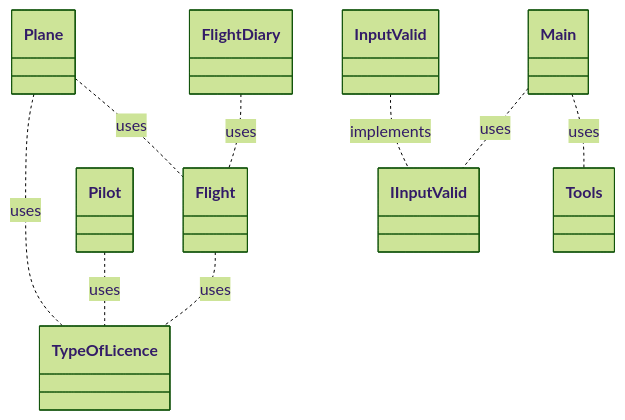
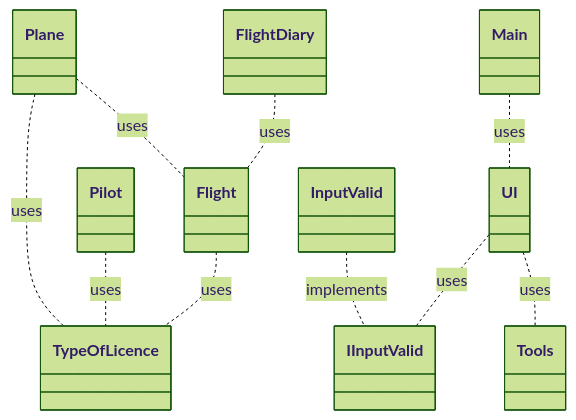
The diagram in README.md (TomasKulhavy/2122ALG2-kulhavy-zapisnik-letu), drawn with Mermaid (forest theme) before and after one commit. The commit also changed 13 other files, not shown here.

````diff
--- a/README.md
+++ b/README.md
@@ -121,21 +121,23 @@
 ```mermaid
 classDiagram
     class Flight
     class FlightDiary
     class Pilot
     class Plane
     enum TypeOfLicence
     class Main
+    class UI
     interface IInputValid
     class InputValid
     class Tools
 
-    Main .. Tools : uses
-    Main .. IInputValid : uses
+    UI .. Tools : uses
+    UI .. IInputValid : uses
     InputValid .. IInputValid : implements
     FlightDiary .. Flight : uses
     Plane .. Flight : uses
     Pilot .. TypeOfLicence : uses
     Plane .. TypeOfLicence : uses
     Flight .. TypeOfLicence : uses
+    Main .. UI : uses
 ```
````
